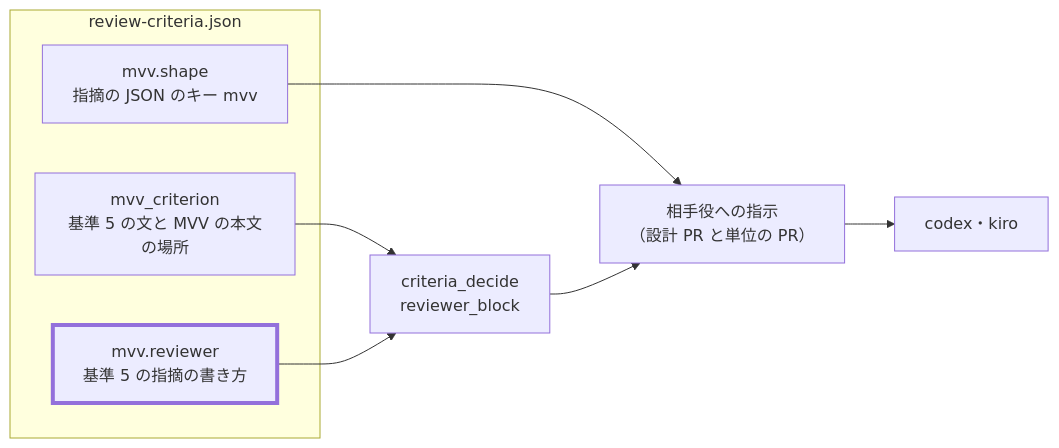
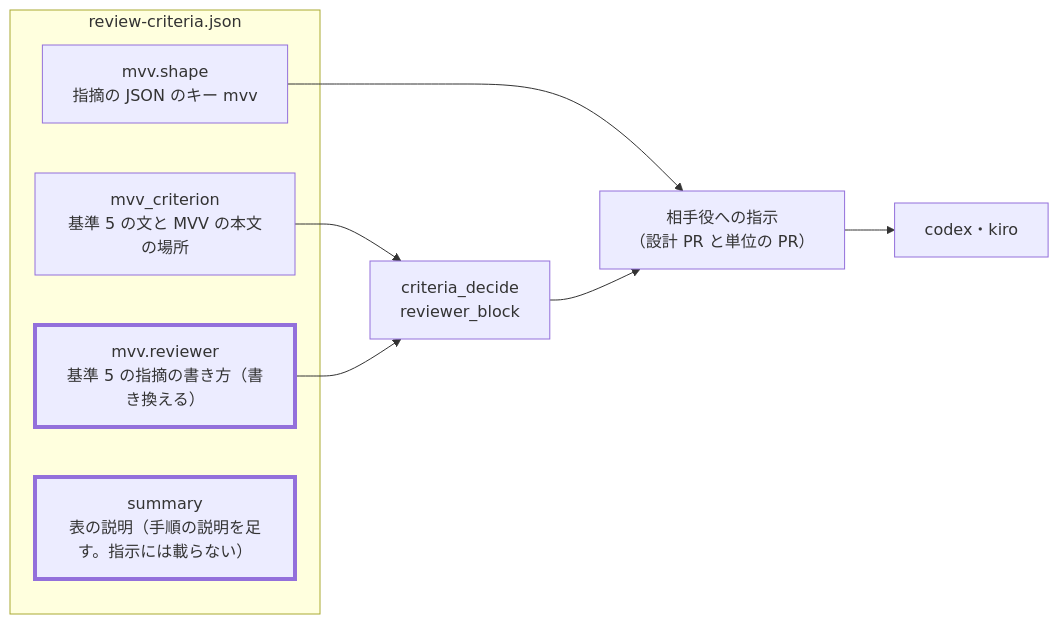
One commit to devbasex/ai-plugins changed the first of 2 diagrams in issues/issue-4076-design.md. Above: the diagram before and after it, drawn with Mermaid. The commit also changed other lines of this file and 1 other file, not shown here.

````diff
--- a/issues/issue-4076-design.md
+++ b/issues/issue-4076-design.md
@@ -11,17 +11,19 @@
 ```mermaid
 graph LR
     subgraph 基準の表["review-criteria.json"]
         C5["mvv_criterion<br/>基準 5 の文と MVV の本文の場所"]
-        R["mvv.reviewer<br/>基準 5 の指摘の書き方"]
+        R["mvv.reviewer<br/>基準 5 の指摘の書き方（書き換える）"]
         S["mvv.shape<br/>指摘の JSON のキー mvv"]
+        SUM["summary<br/>表の説明（手順の説明を足す。指示には載らない）"]
     end
     B["criteria_decide<br/>reviewer_block"]
     P["相手役への指示<br/>（設計 PR と単位の PR）"]
     A["codex・kiro"]
     C5 --> B
     R --> B
     S --> P
     B --> P
     P --> A
     style R stroke-width:4px
+    style SUM stroke-width:4px
 ```
````
